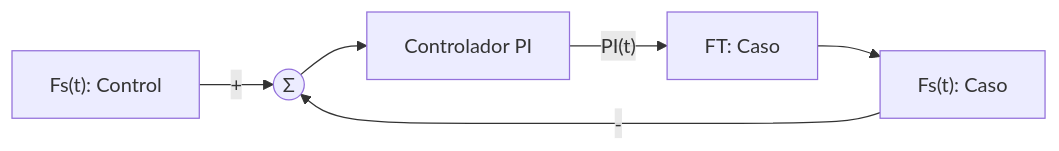
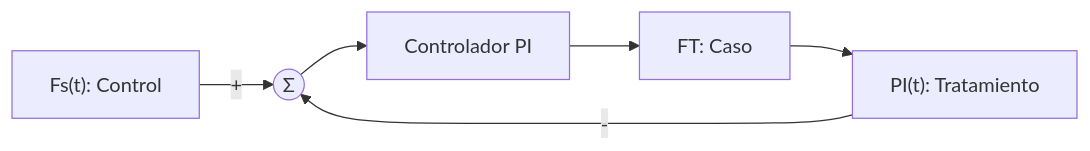
The first of 2 diagrams in README.md (EmiCrack132/MSFP3), drawn with Mermaid before and after one commit. The commit also changed other lines of this file, not shown here.

````diff
--- a/README.md
+++ b/README.md
@@ -230,8 +230,8 @@
 ```mermaid
 flowchart LR
     R["Fs(t): Control"] -->|"+"| SUM(("Σ"))
     SUM --> PI["Controlador PI"]
-    PI -->|"PI(t)"| CASE["FT: Caso"]
-    CASE --> OUTPUT["Fs(t): Caso"]
+    PI --> CASE["FT: Caso"]
+    CASE --> OUTPUT["PI(t): Tratamiento"]
     OUTPUT -->|"- "| SUM
 ```
````
